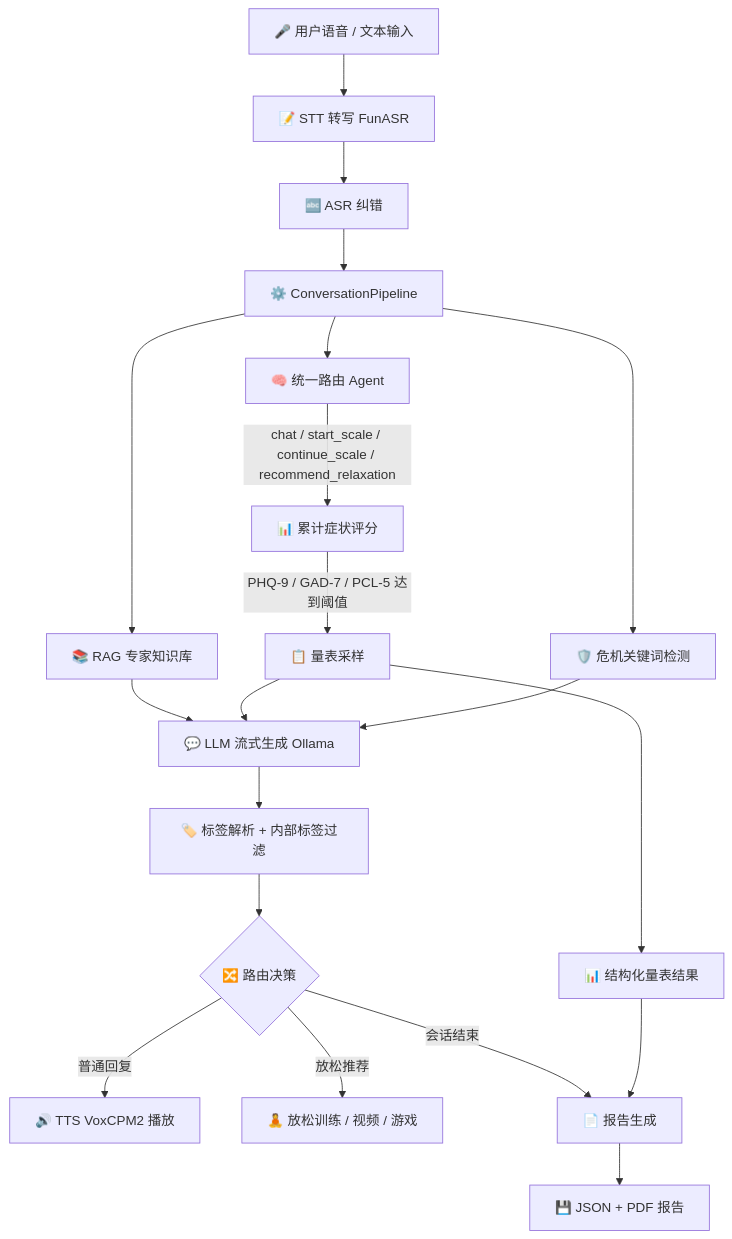
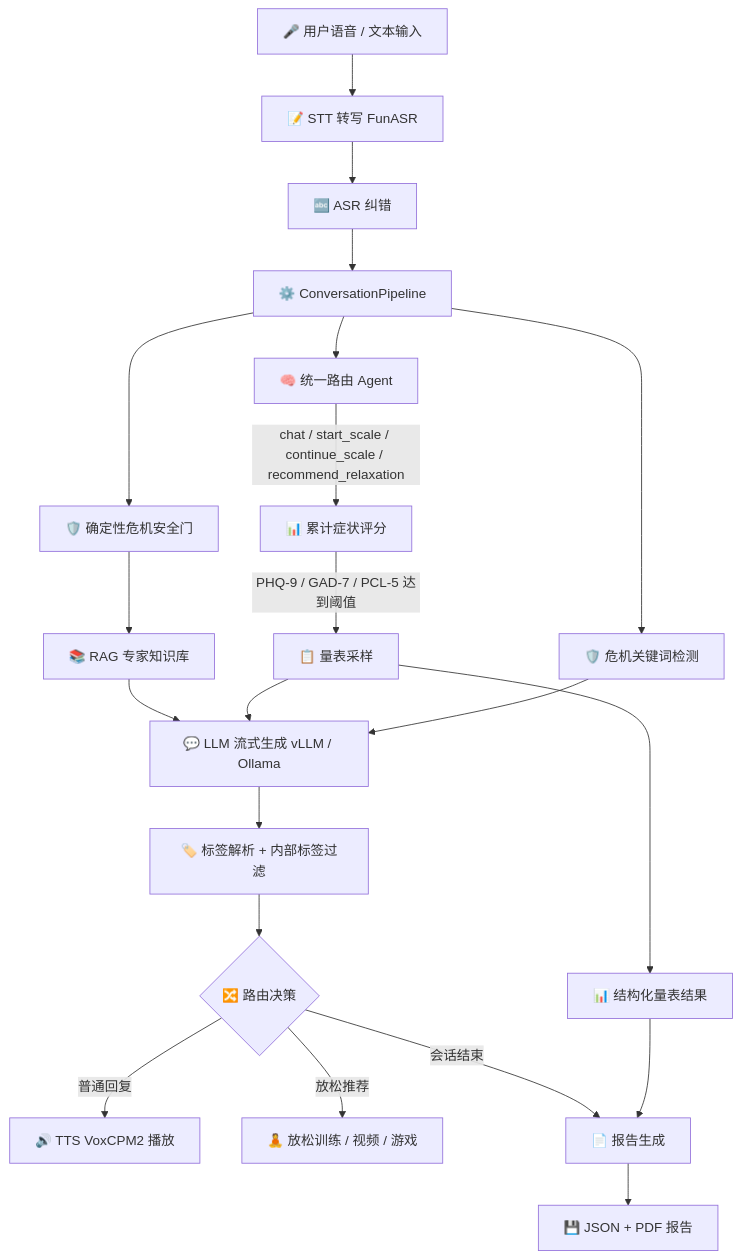
One commit to jersery66/voicechat3 changed the first of 4 diagrams in README.md. Above: the diagram before and after it, drawn with Mermaid. The commit also changed other lines of this file and 14 other files, not shown here.

````diff
--- a/README.md
+++ b/README.md
@@ -162,22 +162,23 @@
 ```mermaid
 flowchart TD
     A[🎤 用户语音 / 文本输入] --> B[📝 STT 转写 FunASR]
     B --> B2[🔤 ASR 纠错]
     B2 --> C[⚙️ ConversationPipeline]
     C --> D[🧠 统一路由 Agent]
     D -->|chat / start_scale / continue_scale / recommend_relaxation| E[📊 累计症状评分]
     E -->|PHQ-9 / GAD-7 / PCL-5 达到阈值| F[📋 量表采样]
     C --> G[🛡️ 危机关键词检测]
-    C --> C2[📚 RAG 专家知识库]
-    C2 --> H[💬 LLM 流式生成 Ollama]
+    C --> C1[🛡️ 确定性危机安全门]
+    C1 --> C2[📚 RAG 专家知识库]
+    C2 --> H[💬 LLM 流式生成 vLLM / Ollama]
     F --> H
     G --> H
     H --> I[🏷️ 标签解析 + 内部标签过滤]
     I --> J{🔀 路由决策}
     J -->|普通回复| K[🔊 TTS VoxCPM2 播放]
     J -->|放松推荐| M[🧘 放松训练 / 视频 / 游戏]
     J -->|会话结束| N[📄 报告生成]
     F --> O[📊 结构化量表结果]
     O --> N
     N --> P[💾 JSON + PDF 报告]
 ```
````
